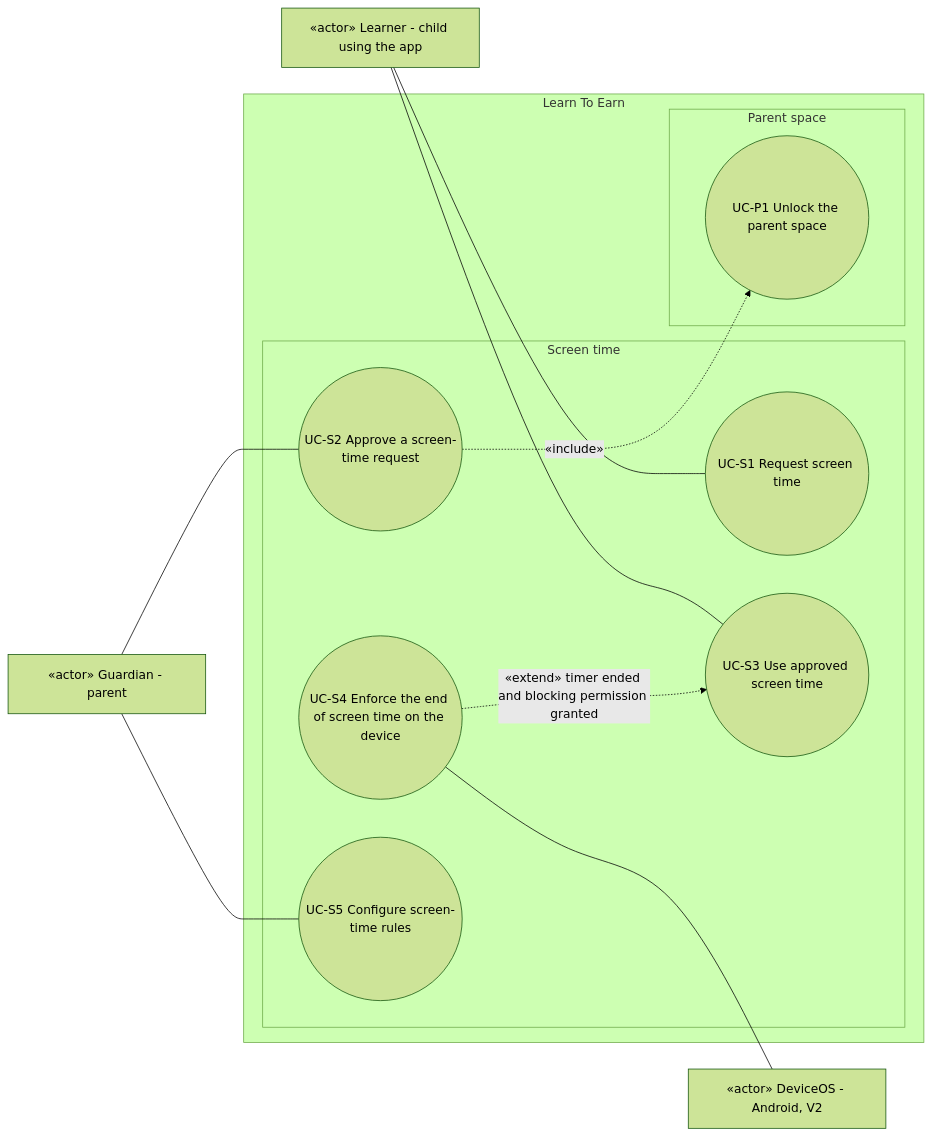
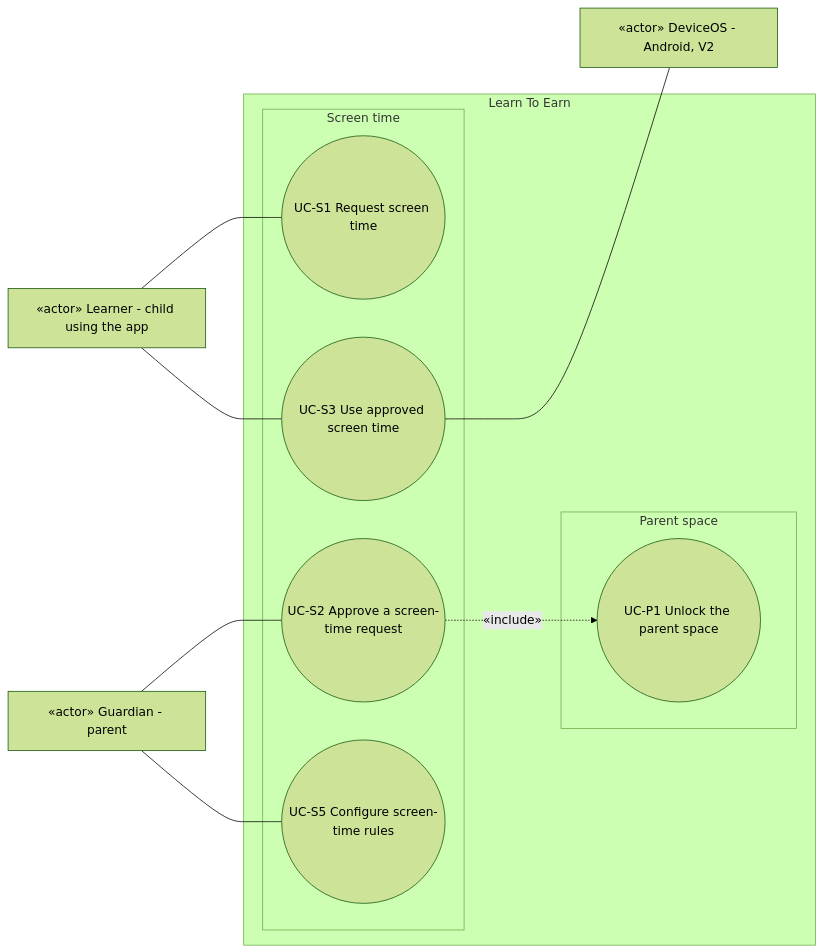
Before and after one commit to benoit-bremaud/learn-to-earn: the diagram in docs/architecture/diagrams/screen-time/01-use-case.md, drawn with Mermaid (forest theme). The commit also changed other lines of this file and 15 other files, not shown here.

First line of the commit message:
docs(architecture): sequence study, use-case review points and OQ-5

````diff
--- a/docs/architecture/diagrams/screen-time/01-use-case.md
+++ b/docs/architecture/diagrams/screen-time/01-use-case.md
@@ -14,25 +14,23 @@
 ```mermaid
 flowchart LR
   Learner["«actor» Learner - child using the app"]
   Guardian["«actor» Guardian - parent"]
   DeviceOS["«actor» DeviceOS - Android, V2"]
   subgraph SYSTEM ["Learn To Earn"]
     subgraph ST ["Screen time"]
       S1(("UC-S1 Request screen time"))
       S2(("UC-S2 Approve a screen-time request"))
       S3(("UC-S3 Use approved screen time"))
-      S4(("UC-S4 Enforce the end of screen time on the device"))
       S5(("UC-S5 Configure screen-time rules"))
     end
     subgraph PS ["Parent space"]
       P1(("UC-P1 Unlock the parent space"))
     end
   end
   Learner --- S1
   Learner --- S3
   Guardian --- S2
   Guardian --- S5
-  S4 --- DeviceOS
+  S3 --- DeviceOS
   S2 -.->|"«include»"| P1
-  S4 -.->|"«extend» timer ended and blocking permission granted"| S3
 ```
````
